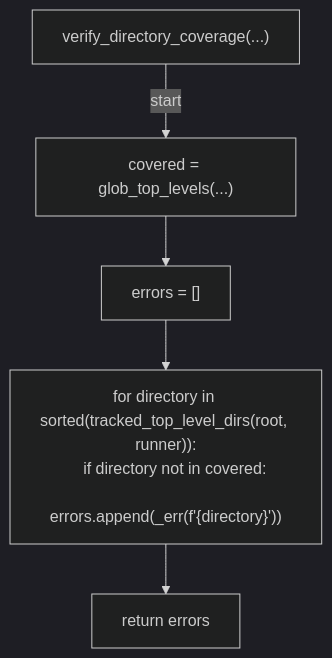
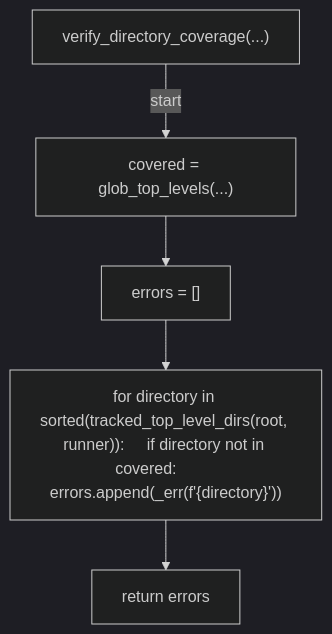
One commit to tvna/claude-md changed the tenth of 12 diagrams in docs/generated/scripts/ast/scan_area_path_coverage.md. Above: the diagram before and after it, drawn with Mermaid (dark theme). The commit also changed other lines of this file and 29 other files, not shown here.

First line of the commit message:
docs(generated): regenerate decision tree and workflow diagrams (batch 3/5)

````diff
--- a/docs/generated/scripts/ast/scan_area_path_coverage.md
+++ b/docs/generated/scripts/ast/scan_area_path_coverage.md
@@ -131,14 +118,12 @@
 ```mermaid
 flowchart TD
     N001["verify_directory_coverage(...)"]
     N002["covered = glob_top_levels(...)"]
     N003["errors = []"]
-    N004["for directory in sorted(tracked_top_level_dirs(root, runner)):
-    if directory not in covered:
-        errors.append(_err(f'<str>{directory}<str>'))"]
+    N004["for directory in sorted(tracked_top_level_dirs(root, runner)):     if directory not in covered:         errors.append(_err(f'<str>{directory}<str>'))"]
     N005["return errors"]
     N001 -->|"start"| N002
     N002 --> N003
     N003 --> N004
     N004 --> N005
 ```
````
